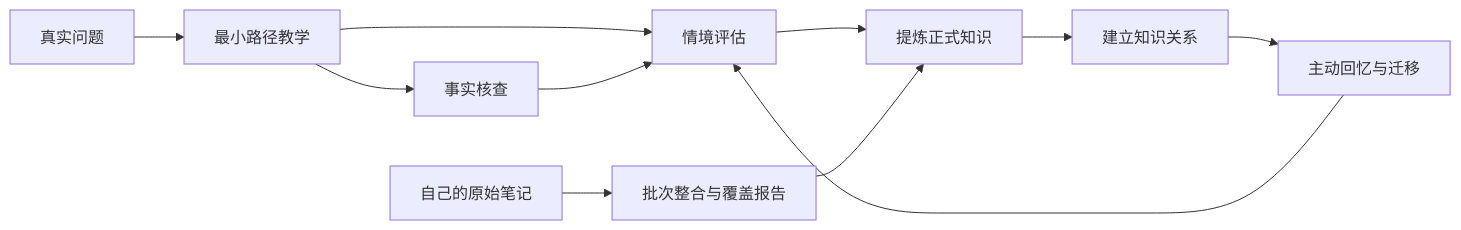
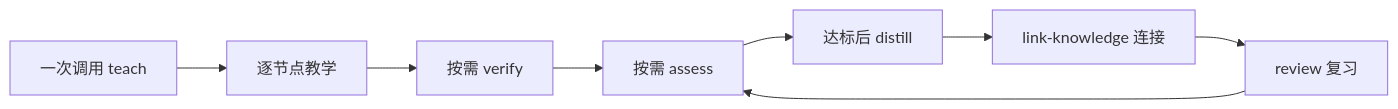
One commit to Serral828/Learning-Vault-Skills changed the diagram in README.md. Above: the diagram before and after it, drawn with Mermaid. The commit also changed other lines of this file and 1 other file, not shown here.

````diff
--- a/README.md
+++ b/README.md
@@ -24,13 +127,10 @@
 ```mermaid
 flowchart LR
-    Q[真实问题] --> T[最小路径教学]
-    T --> V[事实核查]
-    T --> A[情境评估]
-    V --> A
-    A --> D[提炼正式知识]
-    N[自己的原始笔记] --> I[批次整合与覆盖报告]
-    I --> D
-    D --> L[建立知识关系]
-    L --> R[主动回忆与迁移]
+    Q[一次调用 teach] --> T[逐节点教学]
+    T --> V[按需 verify]
+    V --> A[按需 assess]
+    A --> D[达标后 distill]
+    D --> L[link-knowledge 连接]
+    L --> R[review 复习]
     R --> A
 ```
````
